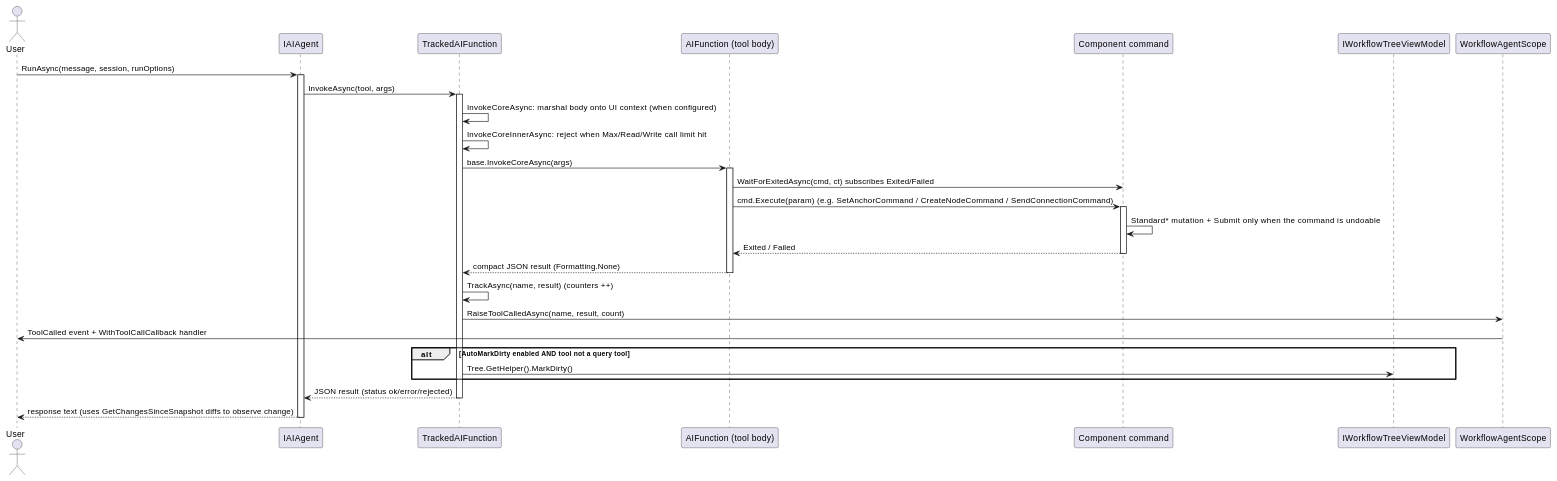
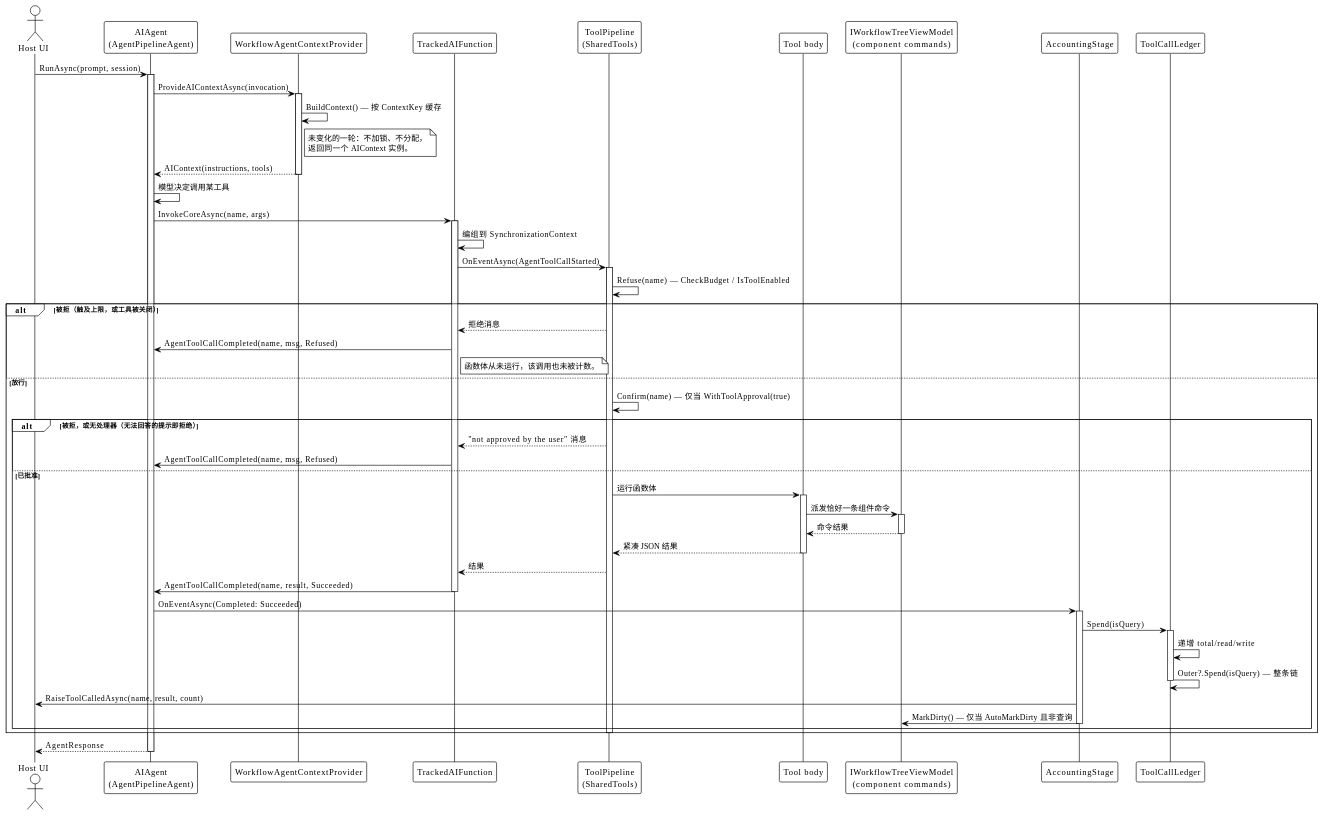
The diagram in src/CloudGlyph/Assets/Docs/content/zh/3_SE分析/03_数据流分析/01_工作流代理/00_工具调用与撤销/index.md (Axvser/VeloxDev.Docs), drawn with PlantUML before and after one commit. The commit also changed other lines of this file and 591 other files, not shown here.

````diff
--- a/src/CloudGlyph/Assets/Docs/content/zh/3_SE分析/03_数据流分析/01_工作流代理/00_工具调用与撤销/index.md
+++ b/src/CloudGlyph/Assets/Docs/content/zh/3_SE分析/03_数据流分析/01_工作流代理/00_工具调用与撤销/index.md
@@ -5,43 +5,76 @@
 ```plantuml
 @startuml
-actor User
-participant "IAIAgent" as Agent
-participant "TrackedAIFunction" as Tool
-participant "AIFunction (tool body)" as Inner
-participant "Component command" as Cmd
-participant "IWorkflowTreeViewModel" as Tree
-participant "WorkflowAgentScope" as Scope
+!theme plain
 
-User -> Agent: RunAsync(message, session, runOptions)
+actor "Host UI" as Host
+participant "AIAgent\n(AgentPipelineAgent)" as Agent
+participant "WorkflowAgentContextProvider" as Provider
+participant "TrackedAIFunction" as Tracked
+participant "ToolPipeline\n(SharedTools)" as Gate
+participant "Tool body" as Tool
+participant "IWorkflowTreeViewModel\n(component commands)" as Tree
+participant "AccountingStage" as Acct
+participant "ToolCallLedger" as Ledger
+
+Host -> Agent: RunAsync(prompt, session)
 activate Agent
+Agent -> Provider: ProvideAIContextAsync(invocation)
+activate Provider
+Provider -> Provider: BuildContext() — 按 ContextKey 缓存
+note right of Provider
+  未变化的一轮：不加锁、不分配，
+  返回同一个 AIContext 实例。
+end note
+Provider --> Agent: AIContext(instructions, tools)
+deactivate Provider
 
-Agent -> Tool: InvokeAsync(tool, args)
-activate Tool
-Tool -> Tool: InvokeCoreAsync: marshal body onto UI context (when configured)
-Tool -> Tool: InvokeCoreInnerAsync: reject when Max/Read/Write call limit hit
-Tool -> Inner: base.InvokeCoreAsync(args)
-activate Inner
+Agent -> Agent: 模型决定调用某工具
+Agent -> Tracked: InvokeCoreAsync(name, args)
+activate Tracked
+Tracked -> Tracked: 编组到 SynchronizationContext
+Tracked -> Gate: OnEventAsync(AgentToolCallStarted)
+activate Gate
 
-Inner -> Cmd: WaitForExitedAsync(cmd, ct) subscribes Exited/Failed
-Inner -> Cmd: cmd.Execute(param)  (e.g. SetAnchorCommand / CreateNodeCommand / SendConnectionCommand)
-activate Cmd
-Cmd -> Cmd: Standard* mutation + Submit only when the command is undoable
-Cmd --> Inner: Exited / Failed
-deactivate Cmd
+Gate -> Gate: Refuse(name) — CheckBudget / IsToolEnabled
+alt 被拒（触及上限，或工具被关闭）
+    Gate --> Tracked: 拒绝消息
+    Tracked -> Agent: AgentToolCallCompleted(name, msg, Refused)
+    note right of Tracked
+      函数体从未运行，该调用也未被计数。
+    end note
+else 放行
+    Gate -> Gate: Confirm(name) — 仅当 WithToolApproval(true)
+    alt 被拒，或无处理器（无法回答的提示即拒绝）
+        Gate --> Tracked: "not approved by the user" 消息
+        Tracked -> Agent: AgentToolCallCompleted(name, msg, Refused)
+    else 已批准
+        Gate -> Tool: 运行函数体
+        activate Tool
+        Tool -> Tree: 派发恰好一条组件命令
+        activate Tree
+        Tree --> Tool: 命令结果
+        deactivate Tree
+        Tool --> Gate: 紧凑 JSON 结果
+        deactivate Tool
+        Gate --> Tracked: 结果
+        Tracked -> Agent: AgentToolCallCompleted(name, result, Succeeded)
+        deactivate Tracked
 
-Inner --> Tool: compact JSON result (Formatting.None)
-deactivate Inner
+        Agent -> Acct: OnEventAsync(Completed: Succeeded)
+        activate Acct
+        Acct -> Ledger: Spend(isQuery)
+        activate Ledger
+        Ledger -> Ledger: 递增 total/read/write
+        Ledger -> Ledger: Outer?.Spend(isQuery) — 整条链
+        deactivate Ledger
+        Acct -> Host: RaiseToolCalledAsync(name, result, count)
+        Acct -> Tree: MarkDirty() — 仅当 AutoMarkDirty 且非查询
+        deactivate Acct
+    end
+    deactivate Gate
+end
 
-Tool -> Tool: TrackAsync(name, result)  (counters ++)
-Tool -> Scope: RaiseToolCalledAsync(name, result, count)
-Scope -> User: ToolCalled event + WithToolCallCallback handler
-alt AutoMarkDirty enabled AND tool not a query tool
-    Tool -> Tree: Tree.GetHelper().MarkDirty()
-end
-Tool --> Agent: JSON result (status ok/error/rejected)
-deactivate Tool
-
-Agent --> User: response text (uses GetChangesSinceSnapshot diffs to observe change)
+Agent --> Host: AgentResponse
 deactivate Agent
 @enduml
 ```
````
